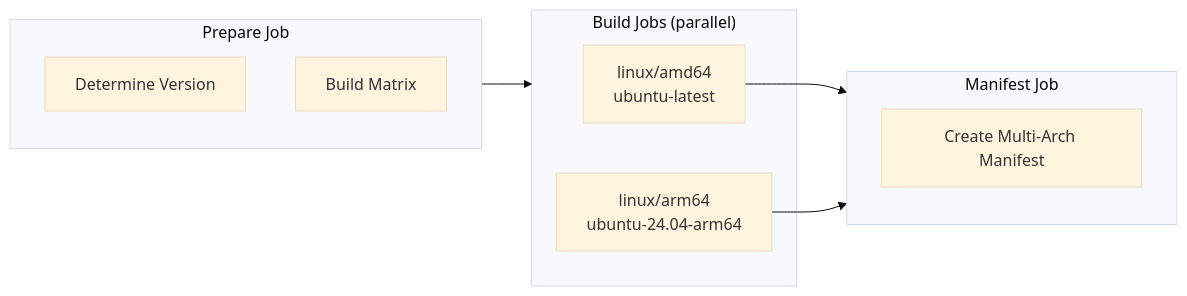
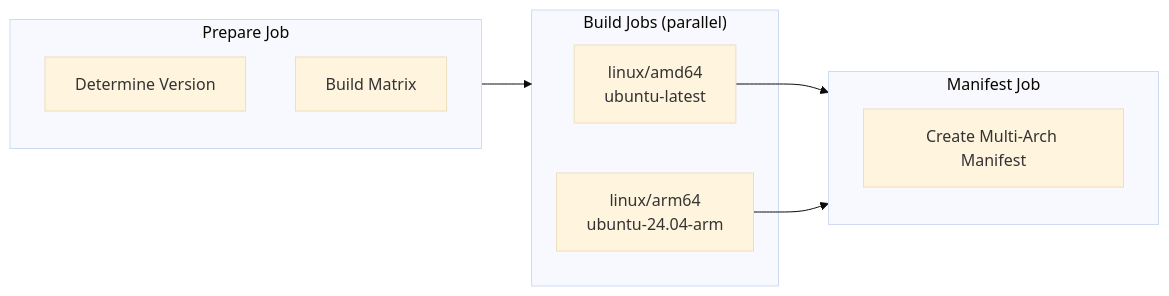
Before and after one commit to slauger/container-gitops-pipeline: the diagram in docs/multi-arch.md, drawn with Mermaid (base theme). The commit also changed other lines of this file and 1 other file, not shown here.

Commit message:
fix: correct ARM runner name to ubuntu-24.04-arm

````diff
--- a/docs/multi-arch.md
+++ b/docs/multi-arch.md
@@ -20,20 +20,20 @@
 ```mermaid
 flowchart LR
     subgraph prepare["Prepare Job"]
         version["Determine Version"]
         matrix["Build Matrix"]
     end
 
     subgraph build["Build Jobs (parallel)"]
         amd64["linux/amd64<br/>ubuntu-latest"]
-        arm64["linux/arm64<br/>ubuntu-24.04-arm64"]
+        arm64["linux/arm64<br/>ubuntu-24.04-arm"]
     end
 
     subgraph manifest["Manifest Job"]
         combine["Create Multi-Arch Manifest"]
     end
 
     prepare --> build
     amd64 --> manifest
     arm64 --> manifest
 ```
````
